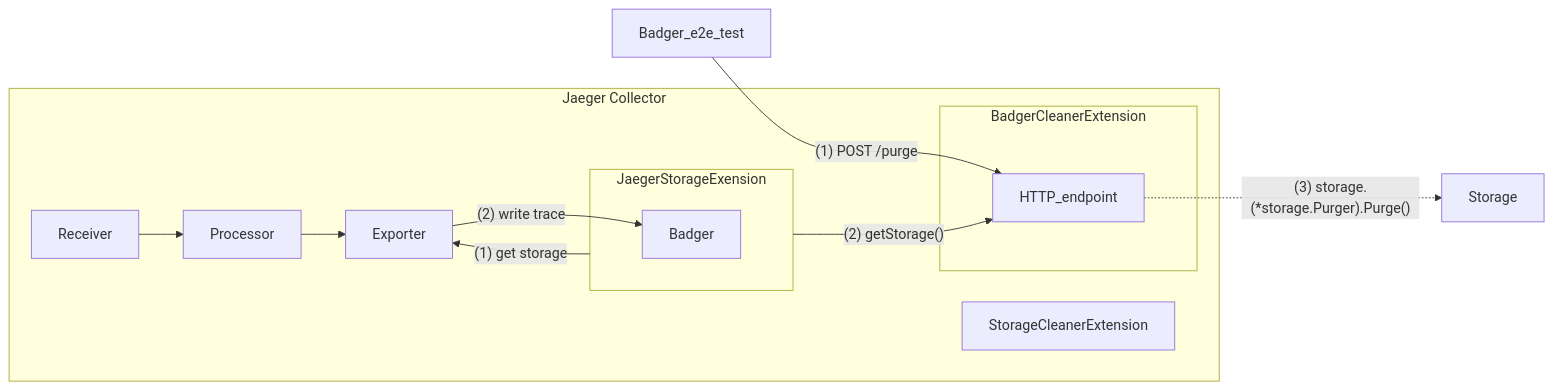
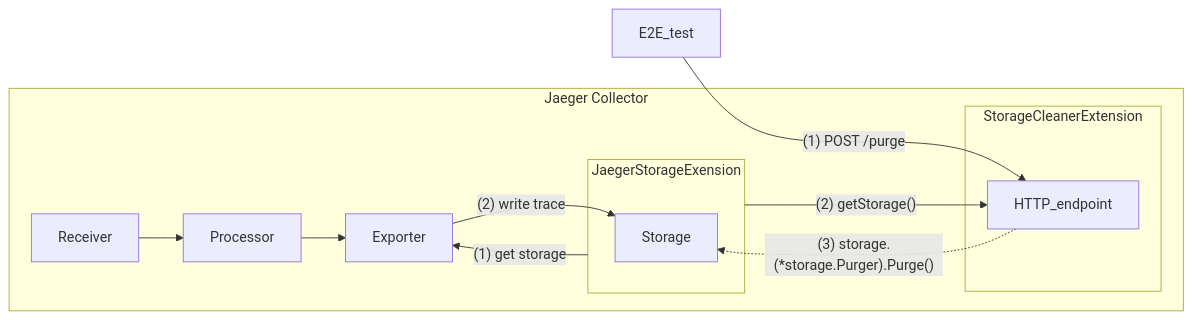
Before and after one commit to jaegertracing/jaeger: the diagram in cmd/jaeger/internal/integration/storagecleaner/README.md, drawn with Mermaid. The commit also changed 1 other file, not shown here.

````diff
--- a/cmd/jaeger/internal/integration/storagecleaner/README.md
+++ b/cmd/jaeger/internal/integration/storagecleaner/README.md
@@ -8,27 +8,27 @@
 ```mermaid
 flowchart LR
     Receiver --> Processor
     Processor --> Exporter
     JaegerStorageExension -->|"(1) get storage"| Exporter
-    Exporter -->|"(2) write trace"| Badger
+    Exporter -->|"(2) write trace"| Storage
 
-    Badger_e2e_test -->|"(1) POST /purge"| HTTP_endpoint
+    E2E_test -->|"(1) POST /purge"| HTTP_endpoint
     JaegerStorageExension -->|"(2) getStorage()"| HTTP_endpoint
     HTTP_endpoint -.->|"(3) storage.(*storage.Purger).Purge()"| Storage
 
     subgraph Jaeger Collector
         Receiver
         Processor
         Exporter
         
-        Badger
+        Storage
         StorageCleanerExtension
         HTTP_endpoint
         subgraph JaegerStorageExension
-            Badger
+            Storage
         end
-        subgraph BadgerCleanerExtension
+        subgraph StorageCleanerExtension
             HTTP_endpoint
         end
     end
 ```
````
